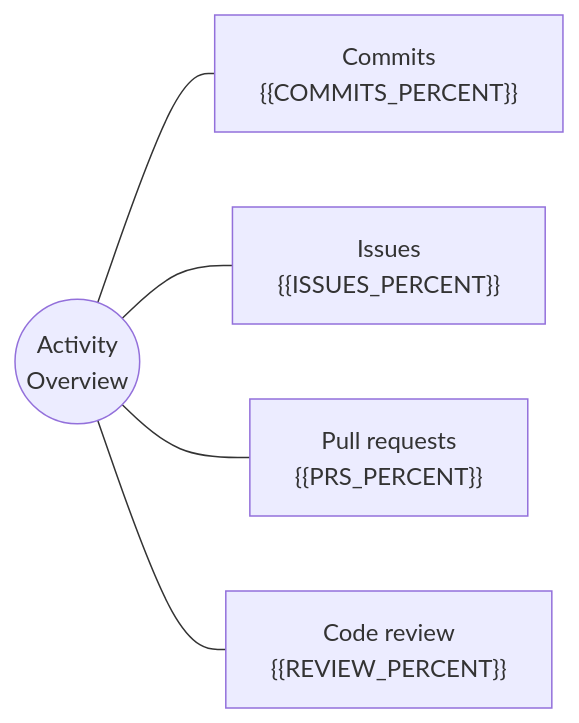
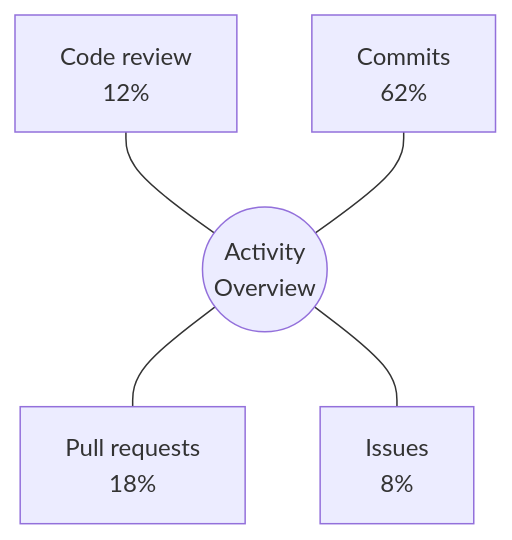
One commit to 3873225350/README-Design-Skill changed the second of 2 diagrams in skills/readme-design/assets/templates/default.md. Above: the diagram before and after it, drawn with Mermaid. The commit also changed other lines of this file and 14 other files, not shown here.

````diff
--- a/skills/readme-design/assets/templates/default.md
+++ b/skills/readme-design/assets/templates/default.md
@@ -86,8 +99,13 @@
 ```mermaid
-flowchart LR
-    C(("Activity<br/>Overview"))
-    C --- A["Commits<br/>{{COMMITS_PERCENT}}"]
-    C --- B["Issues<br/>{{ISSUES_PERCENT}}"]
-    C --- D["Pull requests<br/>{{PRS_PERCENT}}"]
-    C --- E["Code review<br/>{{REVIEW_PERCENT}}"]
+flowchart TB
+    Review["Code review<br/>12%"]
+    Center(("Activity<br/>Overview"))
+    PRs["Pull requests<br/>18%"]
+    Commits["Commits<br/>62%"]
+    Issues["Issues<br/>8%"]
+
+    Review --- Center
+    Center --- PRs
+    Commits --- Center
+    Center --- Issues
 ```
````
